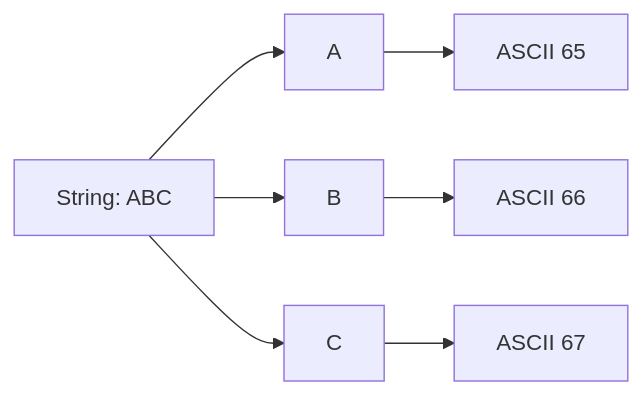
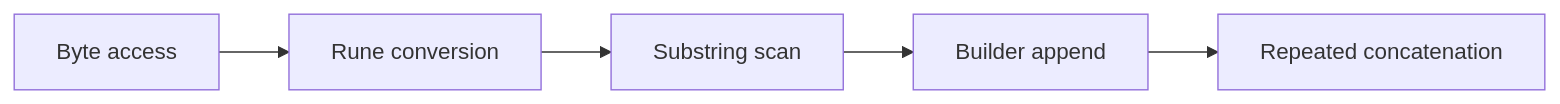
The second of 16 diagrams in docs/datastructures/strings.md (9999dude/omega), drawn with Mermaid before and after one commit. The commit also changed other lines of this file and 58 other files, not shown here.

````diff
--- a/docs/datastructures/strings.md
+++ b/docs/datastructures/strings.md
@@ -148,10 +59,8 @@
 ```mermaid
 flowchart LR
-    A["String: ABC"] --> B["A"]
-    A --> C["B"]
-    A --> D["C"]
-
-    B --> B1["ASCII 65"]
-    C --> C1["ASCII 66"]
-    D --> D1["ASCII 67"]
+    A0["Byte access"]
+    A0 --> A1["Rune conversion"]
+    A1 --> A2["Substring scan"]
+    A2 --> A3["Builder append"]
+    A3 --> A4["Repeated concatenation"]
 ```
````
